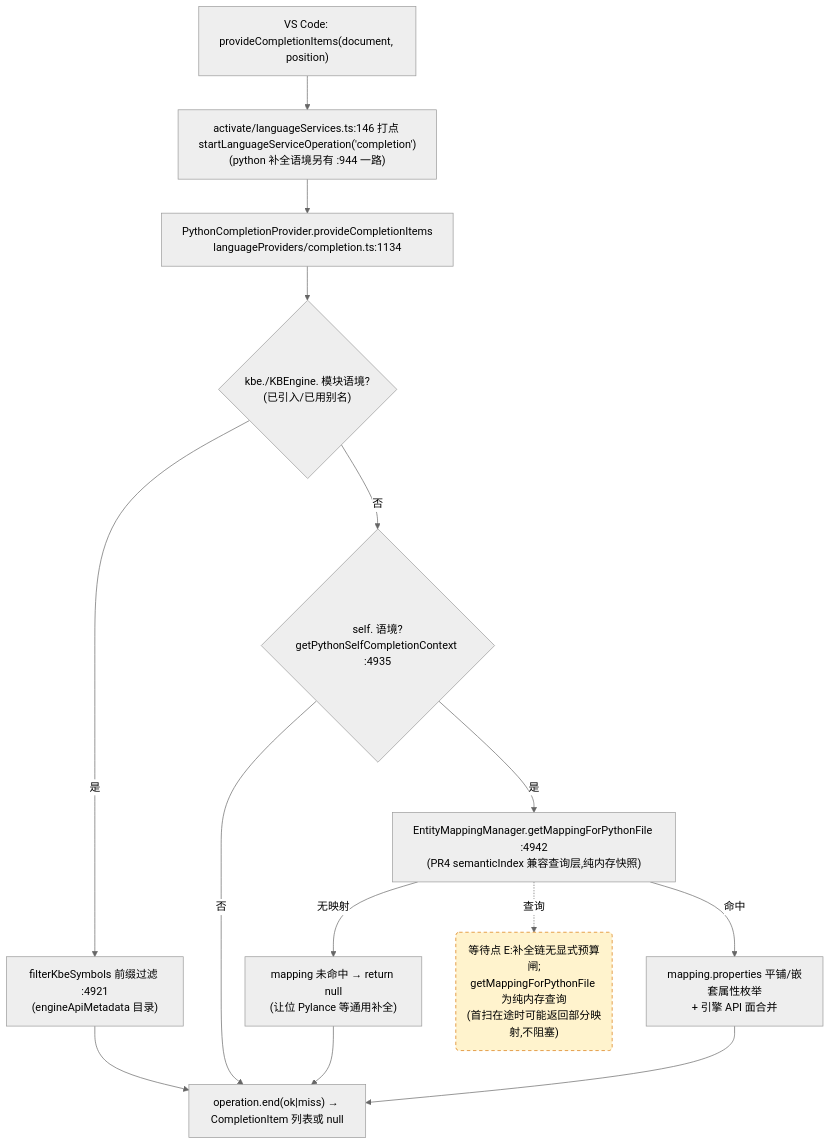
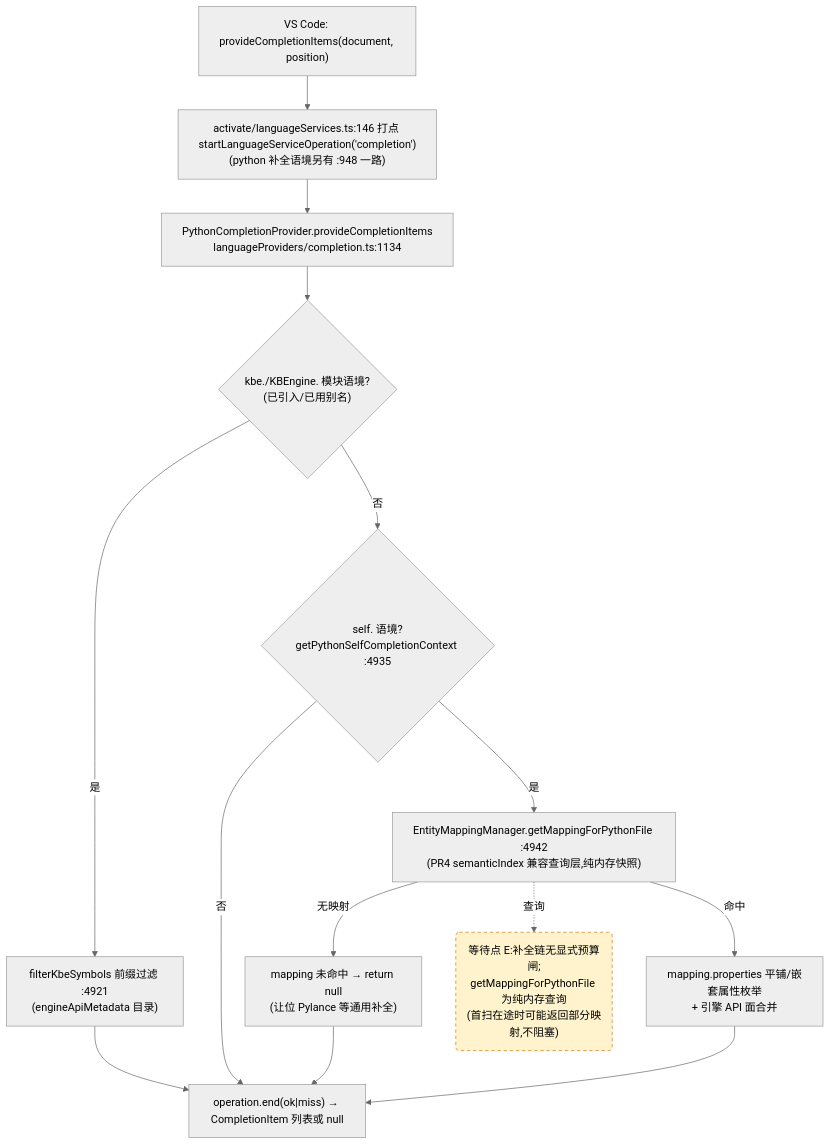
One commit to cuihairu/kode changed the third of 4 diagrams in docs/perf/2026-baseline.md. Above: the diagram before and after it, drawn with Mermaid (neutral theme). The commit also changed other lines of this file and 8 other files, not shown here.

````diff
--- a/docs/perf/2026-baseline.md
+++ b/docs/perf/2026-baseline.md
@@ -213,27 +214,27 @@
 ```mermaid
 flowchart TD
   VC3["VS Code: provideCompletionItems(document, position)"]
-  M3["activate/languageServices.ts:146 打点 startLanguageServiceOperation('completion')<br/>(python 补全语境另有 :944 一路)"]
+  M3["activate/languageServices.ts:146 打点 startLanguageServiceOperation('completion')<br/>(python 补全语境另有 :948 一路)"]
   CP["PythonCompletionProvider.provideCompletionItems<br/>languageProviders/completion.ts:1134"]
   KBEC{"kbe./KBEngine. 模块语境?<br/>(已引入/已用别名)"}
   FILTER["filterKbeSymbols 前缀过滤 :4921<br/>(engineApiMetadata 目录)"]
   SELFC{"self. 语境?<br/>getPythonSelfCompletionContext :4935"}
   MAP["EntityMappingManager.getMappingForPythonFile :4942<br/>(PR4 semanticIndex 兼容查询层,纯内存快照)"]
   NOMAP["mapping 未命中 → return null<br/>(让位 Pylance 等通用补全)"]
   PROPS["mapping.properties 平铺/嵌套属性枚举<br/>+ 引擎 API 面合并"]
   END3["operation.end(ok|miss) → CompletionItem 列表或 null"]
 
   VC3 --> M3 --> CP --> KBEC
   KBEC -- "是" --> FILTER --> END3
   KBEC -- "否" --> SELFC
   SELFC -- "否" --> END3
   SELFC -- "是" --> MAP
   MAP -- "无映射" --> NOMAP --> END3
   MAP -- "命中" --> PROPS --> END3
 
   WAITE("等待点 E:补全链无显式预算闸;<br/>getMappingForPythonFile 为纯内存查询<br/>(首扫在途时可能返回部分映射,不阻塞)")
   MAP -.->|查询| WAITE
 
   classDef waitPoint fill:#fff3cd,stroke:#d97706,stroke-dasharray:5 4;
   class WAITE waitPoint;
 ```
````
